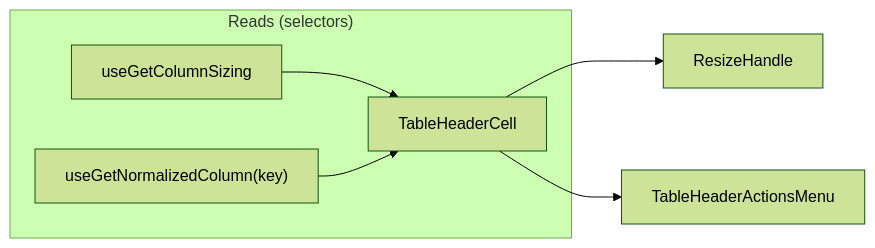
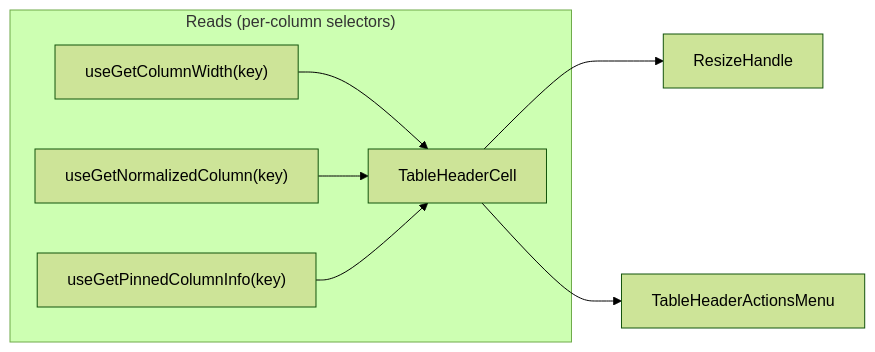
The diagram in packages/ui/src/components/Table/TableHeaderCell/ARCHITECTURE.md (luciocabrera/lcabrera-stack), drawn with Mermaid (forest theme) before and after one commit. The commit also changed other lines of this file and 11 other files, not shown here.

First line of the commit message:
perf(ui): self-connect header cells to per-column width/pin subscriptions

````diff
--- a/packages/ui/src/components/Table/TableHeaderCell/ARCHITECTURE.md
+++ b/packages/ui/src/components/Table/TableHeaderCell/ARCHITECTURE.md
@@ -57,12 +56,13 @@
 ```mermaid
 graph LR
-  subgraph "Reads (selectors)"
-    S1["useGetColumnSizing"] --> THC
+  subgraph "Reads (per-column selectors)"
+    S1["useGetColumnWidth(key)"] --> THC
     S2["useGetNormalizedColumn(key)"] --> THC
+    S3["useGetPinnedColumnInfo(key)"] --> THC
   end
 
   THC["TableHeaderCell"]
 
   THC --> RH["ResizeHandle"]
   THC --> Menu["TableHeaderActionsMenu"]
 ```
````
